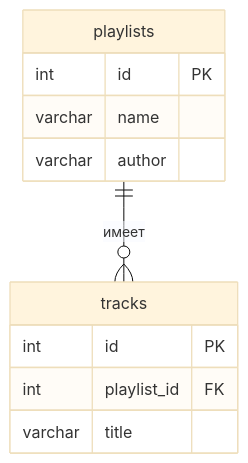
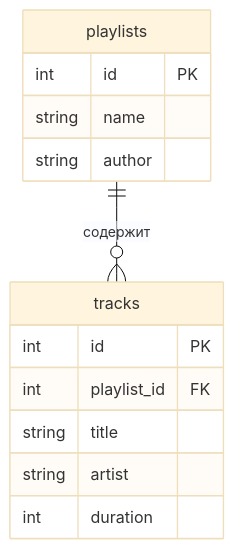
The diagram in README.md (DelLock/BackendPlaylistMusic), drawn with Mermaid (base theme) before and after one commit.

Commit message:
Ридми фикс

````diff
--- a/README.md
+++ b/README.md
@@ -33,14 +33,16 @@
 ```mermaid
 erDiagram
-    playlists ||--o{ tracks : "имеет"
+    playlists ||--o{ tracks : "содержит"
     playlists {
         int id PK
-        varchar name
-        varchar author
+        string name
+        string author
     }
     tracks {
         int id PK
         int playlist_id FK
-        varchar title
+        string title
+        string artist
+        int duration
     }
 ```
````
